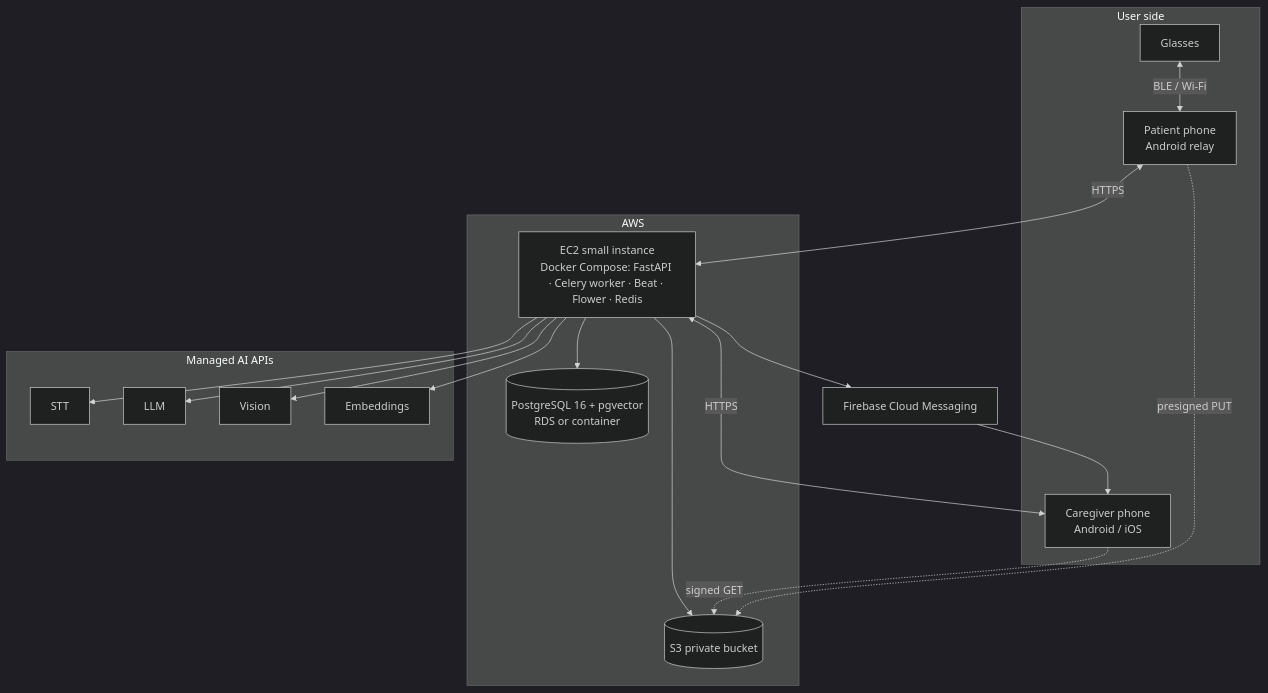
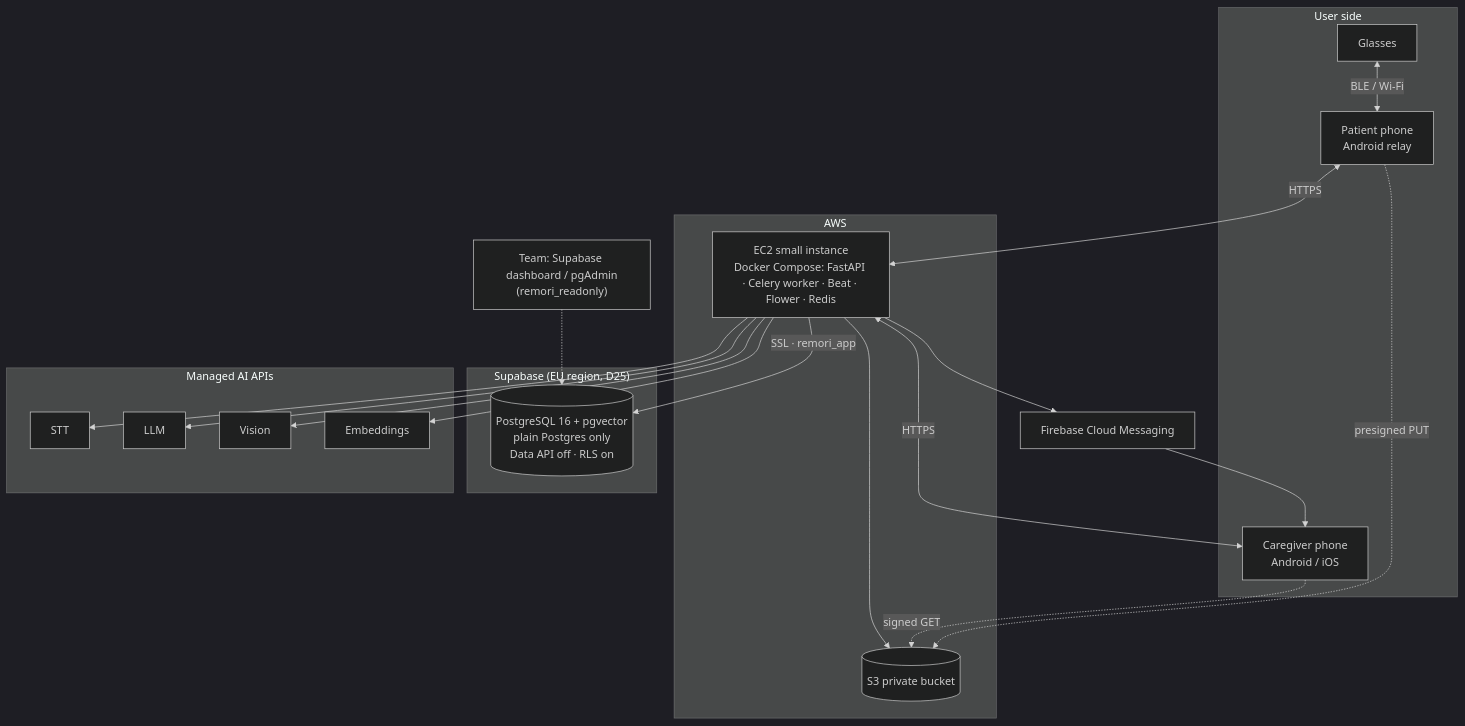
Before and after one commit to AhmedMostafaDev12/Graduation_project_2: the seventh of 9 diagrams in docs/diagrams/01-architecture.md, drawn with Mermaid (dark theme). The commit also changed other lines of this file and 4 other files, not shown here.

````diff
--- a/docs/diagrams/01-architecture.md
+++ b/docs/diagrams/01-architecture.md
@@ -309,37 +309,43 @@
 ```mermaid
 flowchart TB
     subgraph USR["User side"]
         glasses["Glasses"]
         pphone["Patient phone<br/>Android relay"]
         cphone["Caregiver phone<br/>Android / iOS"]
     end
 
     subgraph AWS["AWS"]
         ec2["EC2 small instance<br/>Docker Compose: FastAPI · Celery worker · Beat · Flower · Redis"]
-        rds[("PostgreSQL 16 + pgvector<br/>RDS or container")]
         s3[("S3 private bucket")]
     end
+
+    subgraph SB["Supabase (EU region, D25)"]
+        db[("PostgreSQL 16 + pgvector<br/>plain Postgres only<br/>Data API off · RLS on")]
+    end
+
+    dev["Team: Supabase dashboard / pgAdmin<br/>(remori_readonly)"]
 
     subgraph AI["Managed AI APIs"]
         whisper["STT"]
         llm["LLM"]
         vlm["Vision"]
         emb["Embeddings"]
     end
 
     fcm["Firebase Cloud Messaging"]
 
     glasses <-->|"BLE / Wi-Fi"| pphone
     pphone <-->|"HTTPS"| ec2
     cphone <-->|"HTTPS"| ec2
     pphone -.->|"presigned PUT"| s3
     cphone -.->|"signed GET"| s3
-    ec2 --> rds
+    ec2 -->|"SSL · remori_app"| db
+    dev -.-> db
     ec2 --> s3
     ec2 --> whisper
     ec2 --> llm
     ec2 --> vlm
     ec2 --> emb
     ec2 --> fcm
     fcm --> cphone
 ```
````
